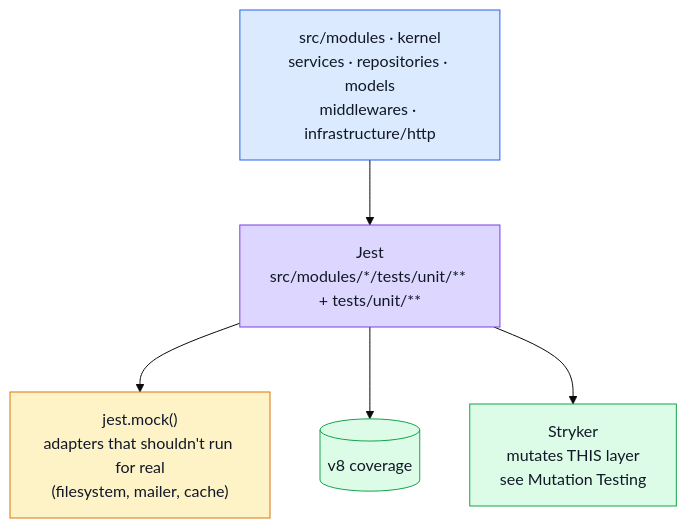
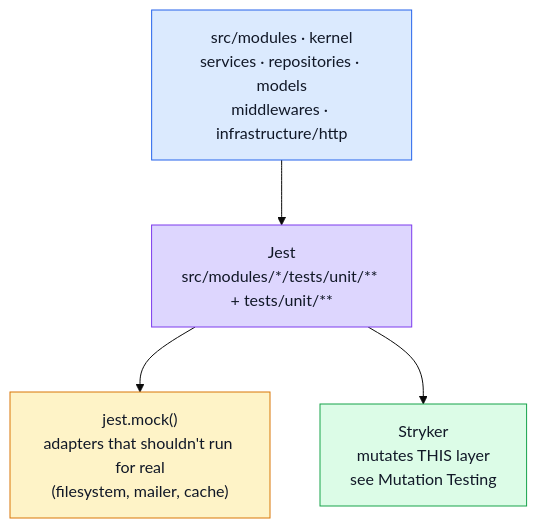
The diagram in docs/tools/unit-testing.md (Guebbit/boilerplate-node-backend), drawn with Mermaid (base theme) before and after one commit. The commit also changed other lines of this file and 24 other files, not shown here.

Commit message:
refactor(testing): delete the coverage floors; mutation score is the one quality number

````diff
--- a/docs/tools/unit-testing.md
+++ b/docs/tools/unit-testing.md
@@ -14,17 +14,16 @@
 ```mermaid
 %%{init: {'flowchart': {'nodeSpacing': 50, 'rankSpacing': 65}}}%%
 flowchart TB
     Source["src/modules · kernel\nservices · repositories · models\nmiddlewares · infrastructure/http"] --> Unit["Jest\nsrc/modules/*/tests/unit/** + tests/unit/**"]
     Unit --> ModuleMock["jest.mock()\nadapters that shouldn't run for real\n(filesystem, mailer, cache)"]
-    Unit --> Coverage[("v8 coverage")]
     Unit --> Mutation["Stryker\nmutates THIS layer\nsee Mutation Testing"]
 
     classDef src fill:#dbeafe,stroke:#2563eb,color:#111827;
     classDef test fill:#ddd6fe,stroke:#7c3aed,color:#111827;
     classDef data fill:#fef3c7,stroke:#d97706,color:#111827;
     classDef out fill:#dcfce7,stroke:#16a34a,color:#111827;
     class Source src;
     class Unit test;
     class ModuleMock data;
-    class Coverage,Mutation out;
+    class Mutation out;
 ```
````
